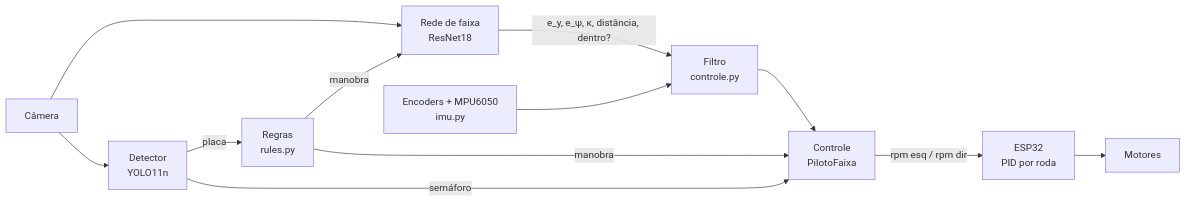
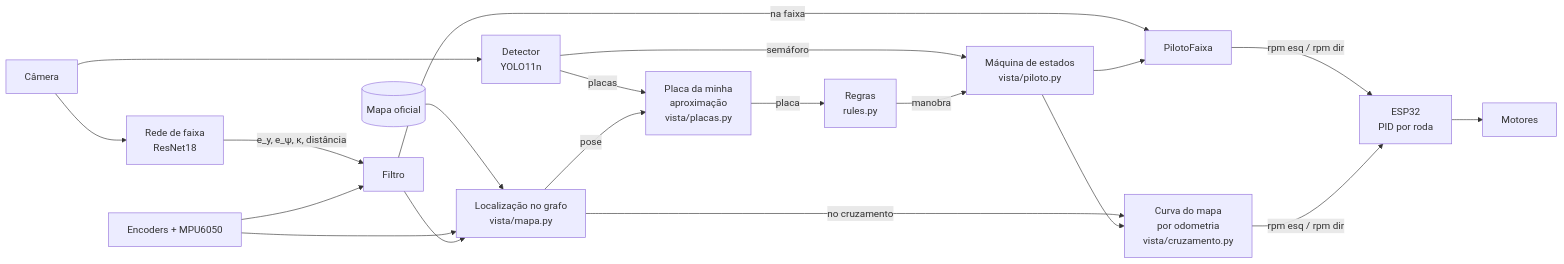
The diagram in docs/VISAO-GERAL.md (Gustavo-dev04/C.A.FATEC.R.B), drawn with Mermaid before and after one commit. The commit also changed other lines of this file and 18 other files, not shown here.

First line of the commit message:
Vista completo: cruzamento pelo mapa com odometria e detector no laço

````diff
--- a/docs/VISAO-GERAL.md
+++ b/docs/VISAO-GERAL.md
@@ -43,14 +43,22 @@
 ```mermaid
 flowchart LR
     CAM[Câmera] --> FAIXA[Rede de faixa<br/>ResNet18]
     CAM --> DET[Detector<br/>YOLO11n]
-    DET -->|placa| REGRAS[Regras<br/>rules.py]
-    DET -->|semáforo| CTRL
-    REGRAS -->|manobra| FAIXA
-    REGRAS -->|manobra| CTRL
-    FAIXA -->|e_y, e_ψ, κ, distância, dentro?| FILTRO[Filtro<br/>controle.py]
-    ODO[Encoders + MPU6050<br/>imu.py] --> FILTRO
-    FILTRO --> CTRL[Controle<br/>PilotoFaixa]
+    MAPA[(Mapa oficial)] --> LOC
+    DET -->|placas| PLACAS[Placa da minha<br/>aproximação<br/>vista/placas.py]
+    LOC -->|pose| PLACAS
+    PLACAS -->|placa| REGRAS[Regras<br/>rules.py]
+    DET -->|semáforo| EST
+    REGRAS -->|manobra| EST[Máquina de estados<br/>vista/piloto.py]
+    FAIXA -->|e_y, e_ψ, κ, distância| FILTRO[Filtro]
+    ODO[Encoders + MPU6050] --> FILTRO
+    ODO --> LOC[Localização no grafo<br/>vista/mapa.py]
+    FILTRO --> LOC
+    FILTRO -->|na faixa| CTRL[PilotoFaixa]
+    LOC -->|no cruzamento| CRUZ[Curva do mapa<br/>por odometria<br/>vista/cruzamento.py]
+    EST --> CTRL
+    EST --> CRUZ
     CTRL -->|rpm esq / rpm dir| ESP[ESP32<br/>PID por roda]
+    CRUZ -->|rpm esq / rpm dir| ESP
     ESP --> MOT[Motores]
 ```
````
